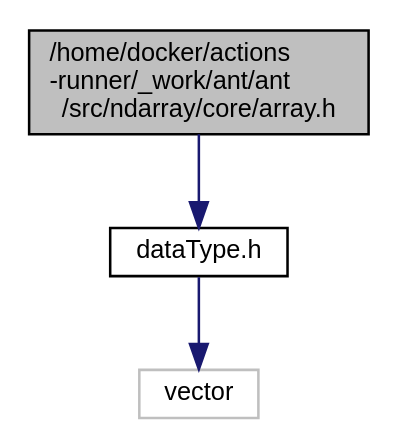
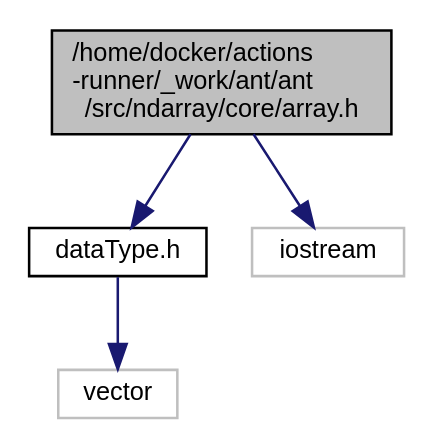
One commit to durbin-164/ant changed the diagram in array_8h__incl.dot. Above: the diagram before and after it, drawn with Graphviz. The commit also changed 144 other files, not shown here.

```diff
--- a/array_8h__incl.dot
+++ b/array_8h__incl.dot
@@ -1,11 +1,13 @@
 digraph "/home/docker/actions-runner/_work/ant/ant/src/ndarray/core/array.h"
 {
  // LATEX_PDF_SIZE
   edge [fontname="Helvetica",fontsize="10",labelfontname="Helvetica",labelfontsize="10"];
   node [fontname="Helvetica",fontsize="10",shape=record];
   Node1 [label="/home/docker/actions\l-runner/_work/ant/ant\l/src/ndarray/core/array.h",height=0.2,width=0.4,color="black", fillcolor="grey75", style="filled", fontcolor="black",tooltip=" "];
   Node1 -> Node2 [color="midnightblue",fontsize="10",style="solid",fontname="Helvetica"];
   Node2 [label="dataType.h",height=0.2,width=0.4,color="black", fillcolor="white", style="filled",URL="$dataType_8h.html",tooltip=" "];
   Node2 -> Node3 [color="midnightblue",fontsize="10",style="solid",fontname="Helvetica"];
   Node3 [label="vector",height=0.2,width=0.4,color="grey75", fillcolor="white", style="filled",tooltip=" "];
+  Node1 -> Node4 [color="midnightblue",fontsize="10",style="solid",fontname="Helvetica"];
+  Node4 [label="iostream",height=0.2,width=0.4,color="grey75", fillcolor="white", style="filled",tooltip=" "];
 }
```
